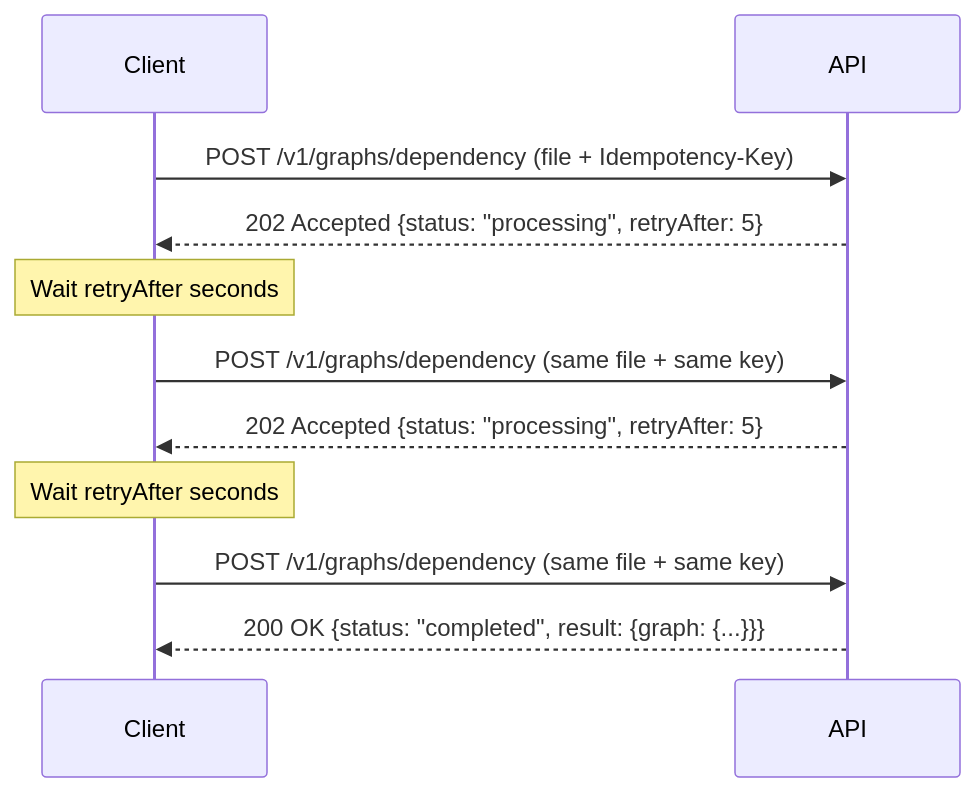
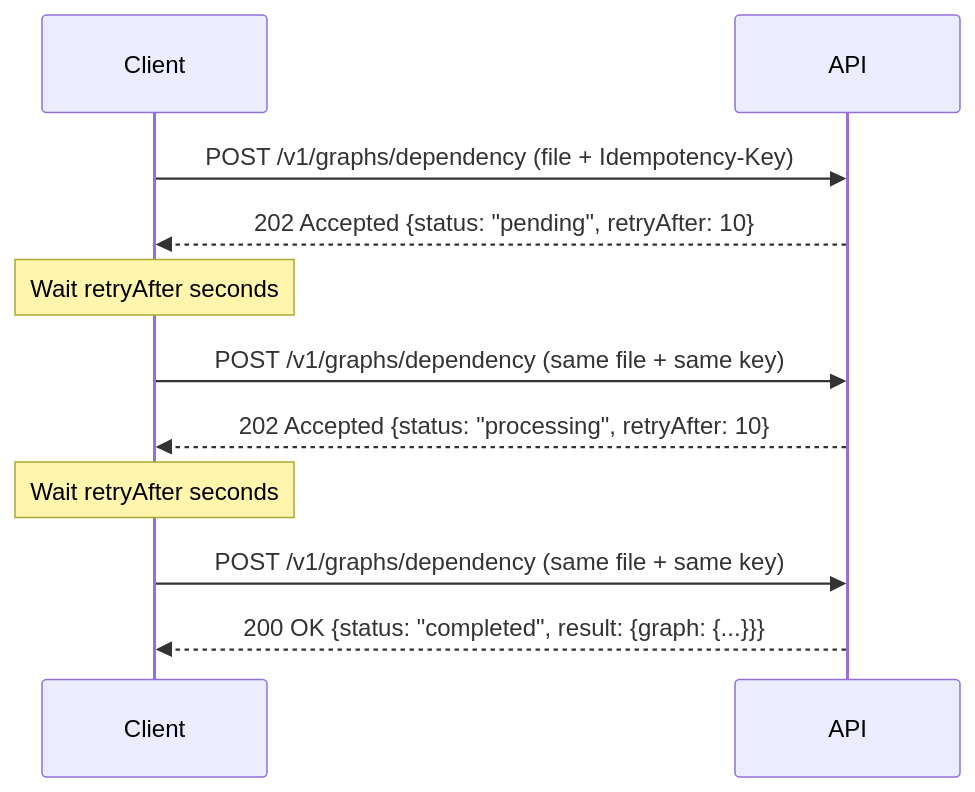
Before and after one commit to Arch-Gen-App/supermodel-api-docs: the diagram in async-polling.mdx, drawn with Mermaid. The commit also changed 1 other file, not shown here.

Commit message:
fix: match docs examples to actual production responses
- Initial status is "pending" (not "processing")
- retryAfter is 10 in production
- Sequence diagram shows pending → processing → completed flow

````diff
--- a/async-polling.mdx
+++ b/async-polling.mdx
@@ -11,14 +11,14 @@
 ```mermaid
 sequenceDiagram
     participant Client
     participant API
 
     Client->>API: POST /v1/graphs/dependency (file + Idempotency-Key)
-    API-->>Client: 202 Accepted {status: "processing", retryAfter: 5}
+    API-->>Client: 202 Accepted {status: "pending", retryAfter: 10}
     Note over Client: Wait retryAfter seconds
     Client->>API: POST /v1/graphs/dependency (same file + same key)
-    API-->>Client: 202 Accepted {status: "processing", retryAfter: 5}
+    API-->>Client: 202 Accepted {status: "processing", retryAfter: 10}
     Note over Client: Wait retryAfter seconds
     Client->>API: POST /v1/graphs/dependency (same file + same key)
     API-->>Client: 200 OK {status: "completed", result: {graph: {...}}}
 ```
````
